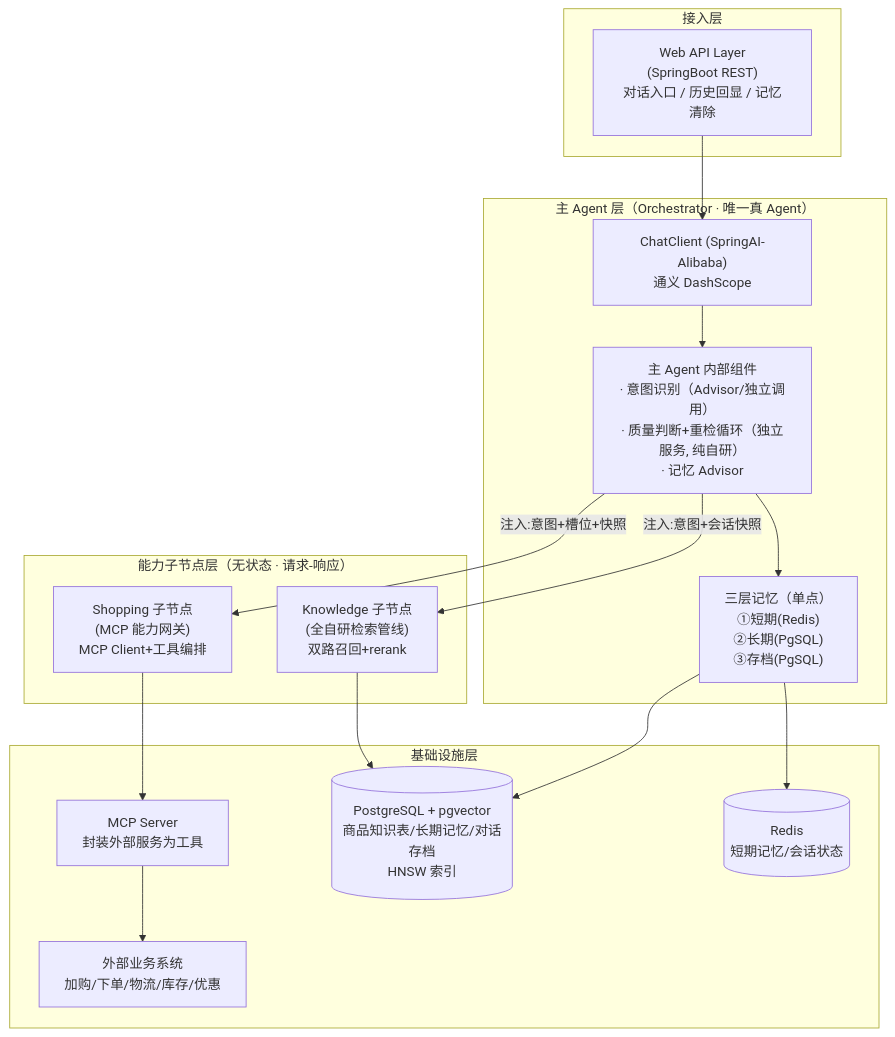
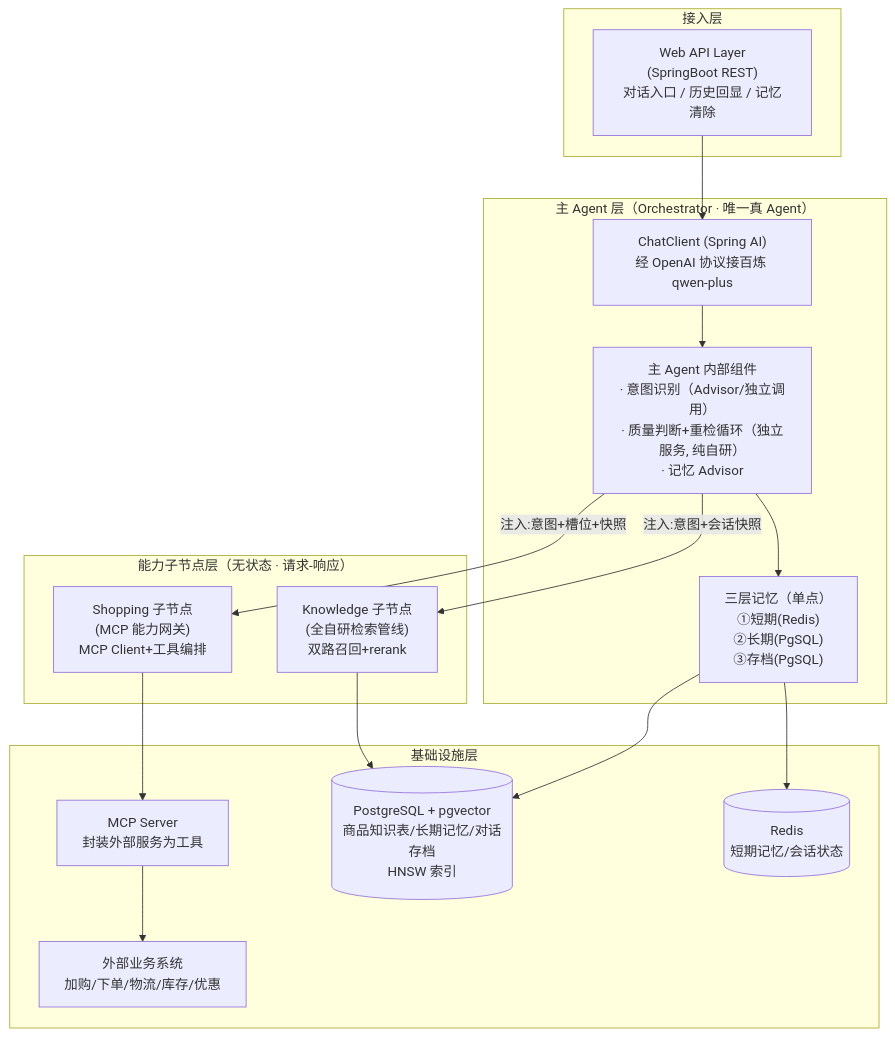
The first of 3 diagrams in doc/技术架构.md (liyunyi-gif/Xiaomi-Shopping-Agent), drawn with Mermaid before and after one commit. The commit also changed other lines of this file and 5 other files, not shown here.

First line of the commit message:
docs: 技术栈调整 SAA→SpringAI OpenAI协议多服务商接入

````diff
--- a/doc/技术架构.md
+++ b/doc/技术架构.md
@@ -49,35 +57,35 @@
 ```mermaid
 graph TD
     subgraph 接入层
         WEB["Web API Layer<br/>(SpringBoot REST)<br/>对话入口 / 历史回显 / 记忆清除"]
     end
 
     subgraph 主Agent层["主 Agent 层（Orchestrator · 唯一真 Agent）"]
-        CC["ChatClient (SpringAI-Alibaba)<br/>通义 DashScope"]
+        CC["ChatClient (Spring AI)<br/>经 OpenAI 协议接百炼 qwen-plus"]
         ADV["主 Agent 内部组件<br/>· 意图识别（Advisor/独立调用）<br/>· 质量判断+重检循环（独立服务, 纯自研）<br/>· 记忆 Advisor"]
         MEM["三层记忆（单点）<br/>①短期(Redis)<br/>②长期(PgSQL)<br/>③存档(PgSQL)"]
     end
 
     subgraph 能力子节点层["能力子节点层（无状态 · 请求-响应）"]
         KNW["Knowledge 子节点<br/>(全自研检索管线)<br/>双路召回+rerank"]
         SHP["Shopping 子节点<br/>(MCP 能力网关)<br/>MCP Client+工具编排"]
     end
 
     subgraph 基础设施层
         PG[("PostgreSQL + pgvector<br/>商品知识表/长期记忆/对话存档<br/>HNSW 索引")]
         RD[("Redis<br/>短期记忆/会话状态")]
         MCP["MCP Server<br/>封装外部服务为工具"]
         EXT["外部业务系统<br/>加购/下单/物流/库存/优惠"]
     end
 
     WEB --> CC
     CC --> ADV
     ADV --> MEM
     ADV -- "注入:意图+会话快照" --> KNW
     ADV -- "注入:意图+槽位+快照" --> SHP
     KNW --> PG
     MEM --> RD
     MEM --> PG
     SHP --> MCP
     MCP --> EXT
 ```
````
